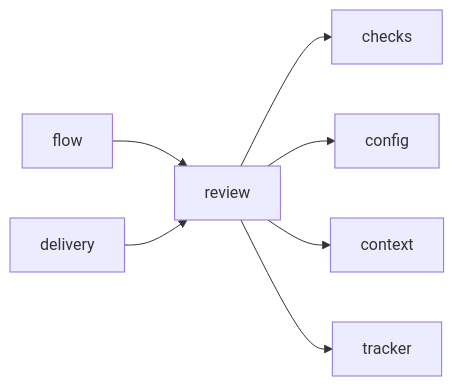
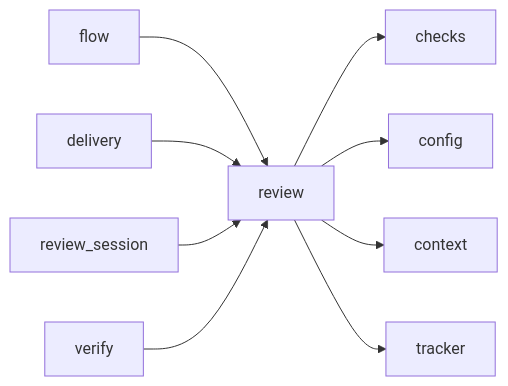
Before and after one commit to plaplanche/ariane: the diagram in docs/architecture/modules/review.md, drawn with Mermaid. The commit also changed other lines of this file and 25 other files, not shown here.

````diff
--- a/docs/architecture/modules/review.md
+++ b/docs/architecture/modules/review.md
@@ -19,9 +19,11 @@
 ```mermaid
 flowchart LR
   review --> checks
   review --> config
   review --> context
   review --> tracker
   flow --> review
   delivery --> review
+  review_session --> review
+  verify --> review
 ```
````
